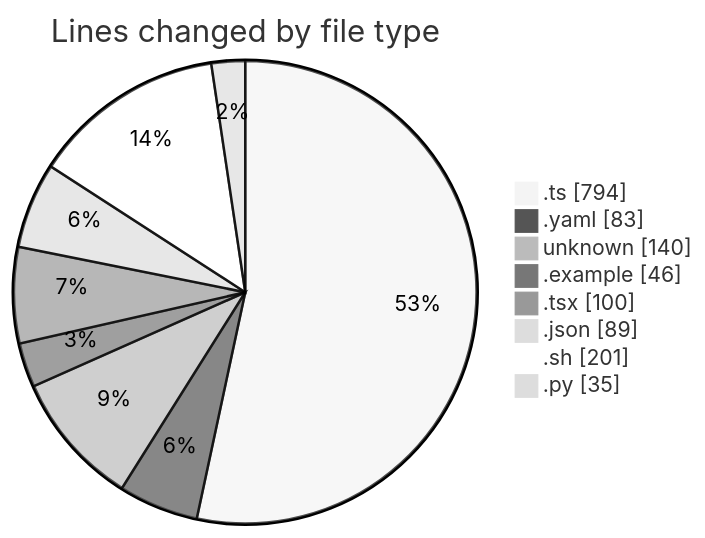
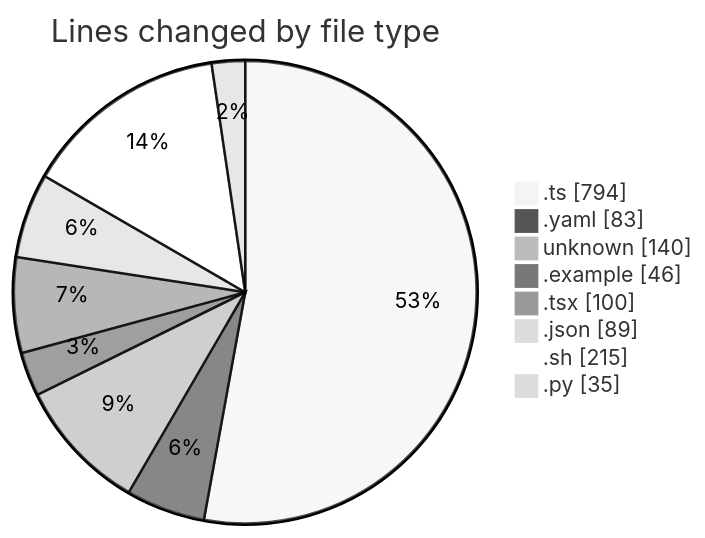
The first of 2 diagrams in 2025-10-01/open-health/README.md (mevix1/code-tracking), drawn with Mermaid (neutral theme) before and after one commit. The commit also changed other lines of this file and 1 other file, not shown here.

````diff
--- a/2025-10-01/open-health/README.md
+++ b/2025-10-01/open-health/README.md
@@ -39,12 +40,12 @@
 ```mermaid
 pie showData
 title Lines changed by file type
 ".ts" : 794
 ".yaml" : 83
 "unknown" : 140
 ".example" : 46
 ".tsx" : 100
 ".json" : 89
-".sh" : 201
+".sh" : 215
 ".py" : 35
 ```
````
